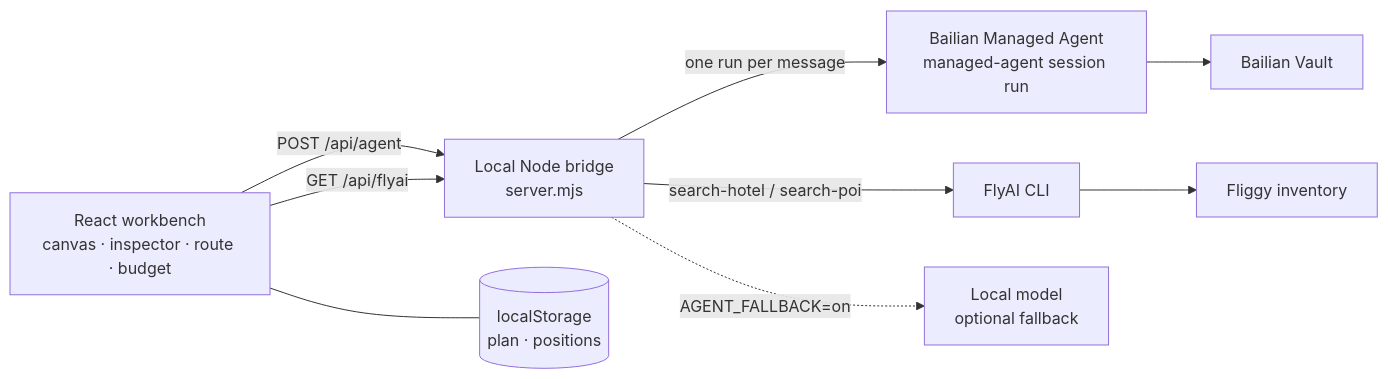
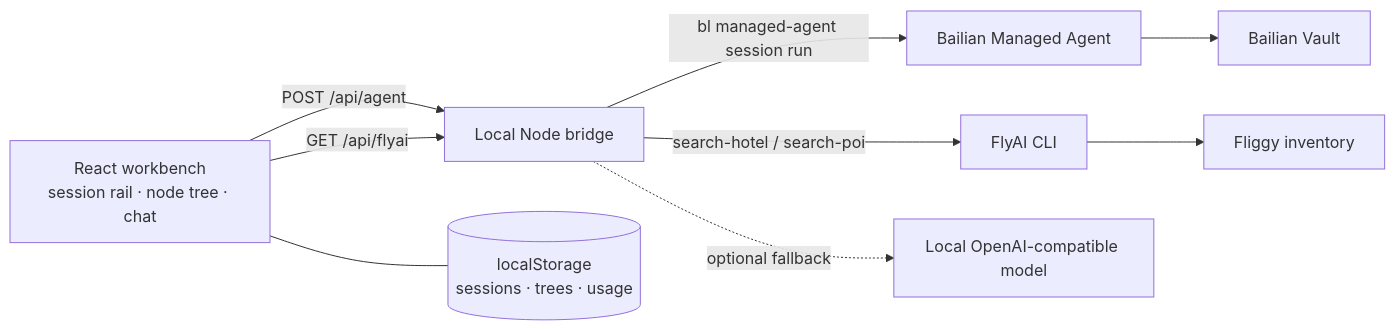
The diagram in README.md (37chengshan/tripblocks), drawn with Mermaid before and after one commit. The commit also changed other lines of this file and 24 other files, not shown here.

Commit message:
feat: session workbench, per-session trees, usage/thinking, CDS polish

````diff
--- a/README.md
+++ b/README.md
@@ -52,20 +61,11 @@
 ```mermaid
 flowchart LR
-  UI["React workbench<br/>canvas · inspector · route · budget"]
-  Bridge["Local Node bridge<br/>server.mjs"]
-  Agent["Bailian Managed Agent<br/>managed-agent session run"]
-  Vault["Bailian Vault"]
-  FlyAI["FlyAI CLI"]
-  Fliggy["Fliggy inventory"]
-  Local["Local model<br/>optional fallback"]
-  Store[("localStorage<br/>plan · positions")]
-
-  UI -->|"POST /api/agent"| Bridge
-  UI -->|"GET /api/flyai"| Bridge
-  Bridge -->|"one run per message"| Agent
-  Agent --> Vault
-  Bridge -->|"search-hotel / search-poi"| FlyAI
-  FlyAI --> Fliggy
-  Bridge -.->|"AGENT_FALLBACK=on"| Local
-  UI --- Store
+  UI["React workbench<br/>session rail · node tree · chat"] -->|POST /api/agent| Bridge["Local Node bridge"]
+  UI -->|GET /api/flyai| Bridge
+  Bridge -->|"bl managed-agent session run"| Agent["Bailian Managed Agent"]
+  Agent --> Vault["Bailian Vault"]
+  Bridge -->|search-hotel / search-poi| FlyAI["FlyAI CLI"]
+  FlyAI --> Fliggy["Fliggy inventory"]
+  Bridge -.->|optional fallback| Local["Local OpenAI-compatible model"]
+  UI --- Store[("localStorage<br/>sessions · trees · usage")]
 ```
````
